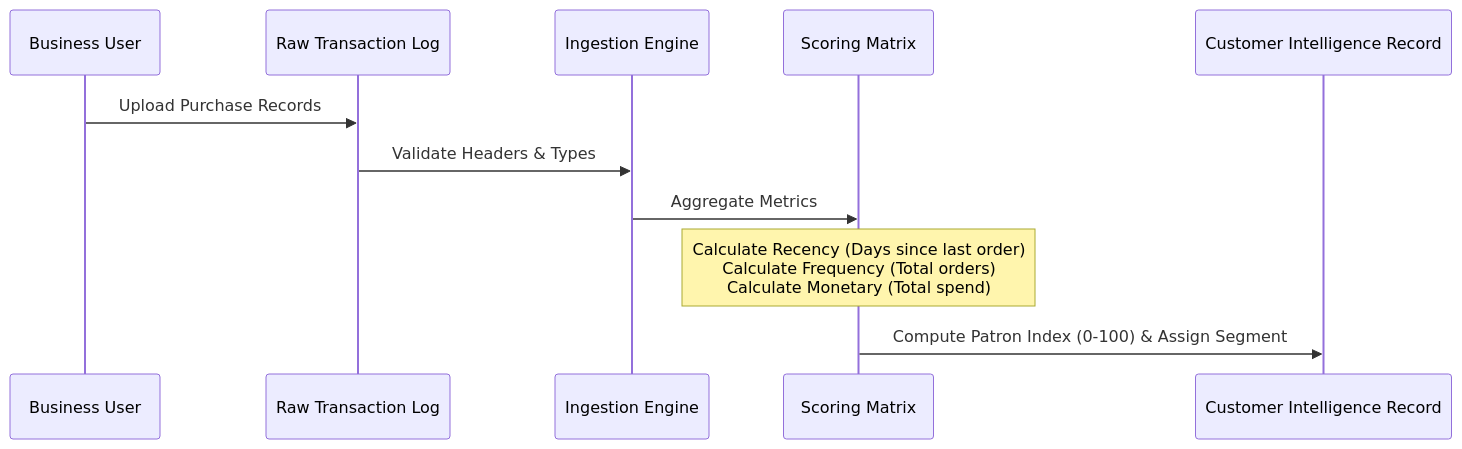
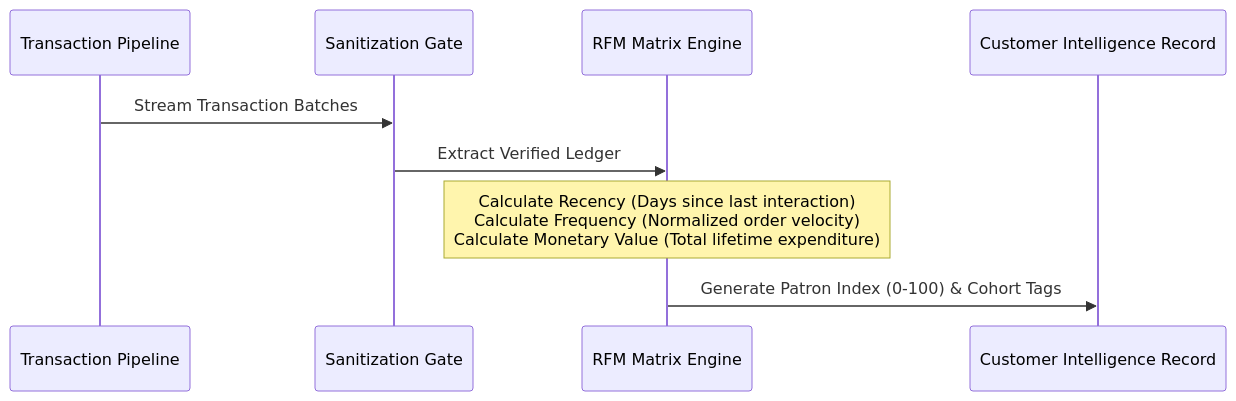
Before and after one commit to forakshatkumar/The-Patron-Index: the second of 2 diagrams in README.md, drawn with Mermaid. The commit also changed other lines of this file, not shown here.

````diff
--- a/README.md
+++ b/README.md
@@ -186,14 +50,12 @@
 ```mermaid
 sequenceDiagram
-    participant User as Business User
-    participant CSV as Raw Transaction Log
-    participant Pipeline as Ingestion Engine
-    participant RFM as Scoring Matrix
-    participant Output as Customer Intelligence Record
+    participant Source as Transaction Pipeline
+    participant Ingest as Sanitization Gate
+    participant Scoring as RFM Matrix Engine
+    participant Store as Customer Intelligence Record
 
-    User->>CSV: Upload Purchase Records
-    CSV->>Pipeline: Validate Headers & Types
-    Pipeline->>RFM: Aggregate Metrics
-    Note over RFM: Calculate Recency (Days since last order)<br/>Calculate Frequency (Total orders)<br/>Calculate Monetary (Total spend)
-    RFM->>Output: Compute Patron Index (0-100) & Assign Segment
+    Source->>Ingest: Stream Transaction Batches
+    Ingest->>Scoring: Extract Verified Ledger
+    Note over Scoring: Calculate Recency (Days since last interaction)<br/>Calculate Frequency (Normalized order velocity)<br/>Calculate Monetary Value (Total lifetime expenditure)
+    Scoring->>Store: Generate Patron Index (0-100) & Cohort Tags
 ```
````
